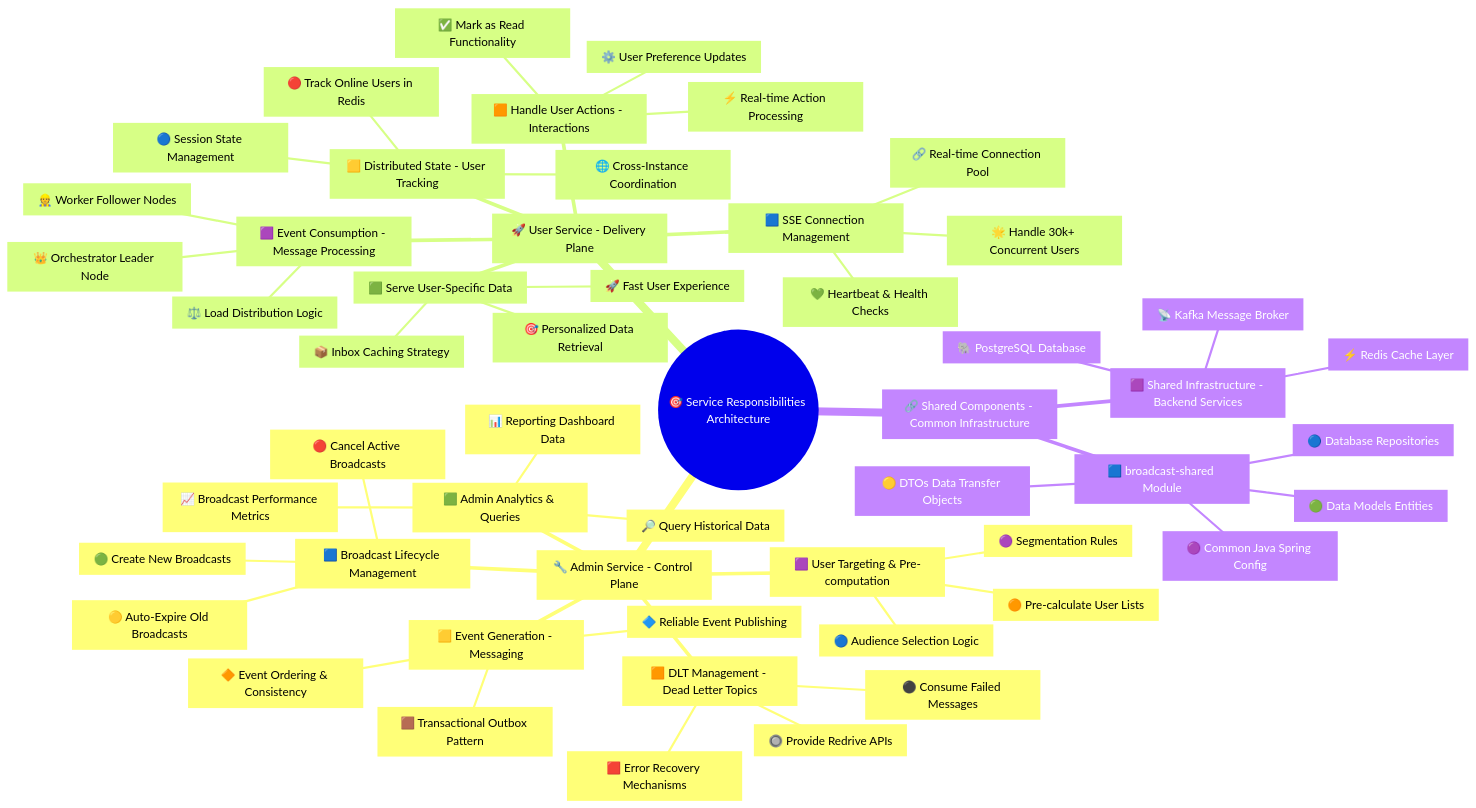
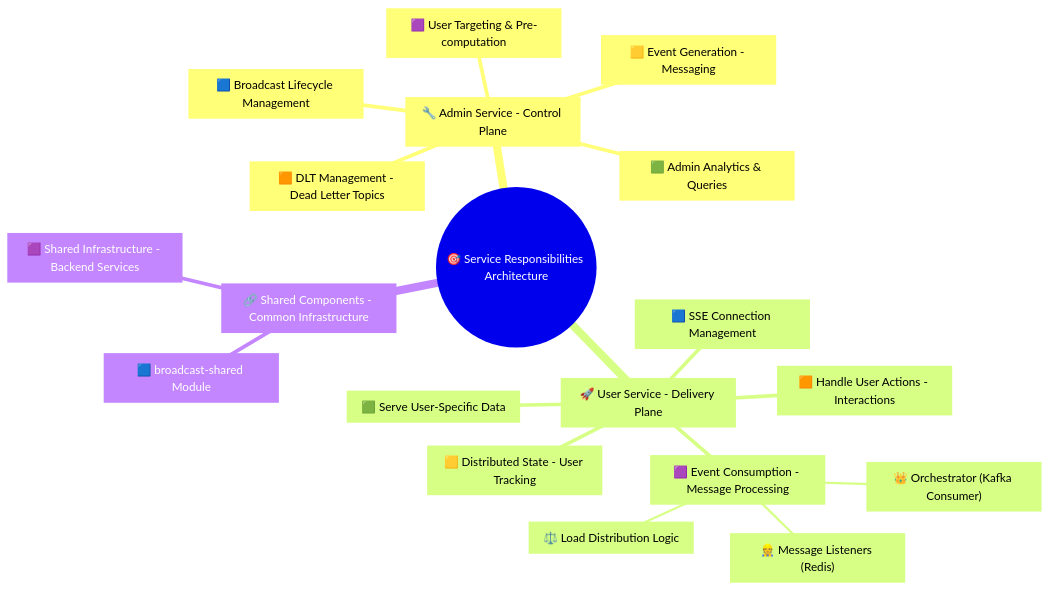
One commit to rsrini7/Notification-SSE-GLM-Flux changed the diagram in MermaidDiagrams/mindmap-responsibilities.mmd. Above: the diagram before and after it, drawn with Mermaid. The commit also changed 16 other files, not shown here.

First line of the commit message:
refactor(diagrams): update architecture diagrams to reflect Redis Pub/Sub changes

```diff
--- a/MermaidDiagrams/mindmap-responsibilities.mmd
+++ b/MermaidDiagrams/mindmap-responsibilities.mmd
@@ -1,56 +1,22 @@
 mindmap
   root((🎯 Service Responsibilities Architecture))
     AdminService[🔧 Admin Service - Control Plane]
       BroadcastLifecycle[🟦 Broadcast Lifecycle Management]
-        CreateBroadcast[🟢 Create New Broadcasts]
-        CancelBroadcast[🔴 Cancel Active Broadcasts]  
-        ExpireBroadcast[🟡 Auto-Expire Old Broadcasts]
       UserTargeting[🟪 User Targeting & Pre-computation]
-        AudienceSelection[🔵 Audience Selection Logic]
-        PreCalculation[🟠 Pre-calculate User Lists]
-        SegmentationRules[🟣 Segmentation Rules]
       EventGeneration[🟨 Event Generation - Messaging]
-        TransactionalOutbox[🟫 Transactional Outbox Pattern]
-        ReliablePublishing[🔷 Reliable Event Publishing]
-        EventConsistency[🔶 Event Ordering & Consistency]
       DLTManagement[🟧 DLT Management - Dead Letter Topics]
-        ConsumeFailedMessages[⚫ Consume Failed Messages]
-        RedriveAPIs[🔘 Provide Redrive APIs]
-        ErrorRecovery[🟥 Error Recovery Mechanisms]
       AdminAnalytics[🟩 Admin Analytics & Queries]
-        PerformanceMetrics[📈 Broadcast Performance Metrics]
-        HistoricalData[🔎 Query Historical Data]
-        ReportingData[📊 Reporting Dashboard Data]
     
     UserService[🚀 User Service - Delivery Plane]
       SSEConnection[🟦 SSE Connection Management]
-        ConcurrentUsers[🌟 Handle 30k+ Concurrent Users]
-        ConnectionPool[🔗 Real-time Connection Pool]
-        HealthChecks[💚 Heartbeat & Health Checks]
       EventConsumption[🟪 Event Consumption - Message Processing]
-        Orchestrator[👑 Orchestrator Leader Node]
-        Workers[👷 Worker Follower Nodes]
+        Orchestrator["👑 Orchestrator (Kafka Consumer)"]
+        RedisListeners["👷 Message Listeners (Redis)"]
         LoadDistribution[⚖️ Load Distribution Logic]
       DistributedState[🟨 Distributed State - User Tracking]
-        OnlineUsers[🔴 Track Online Users in Redis]
-        SessionState[🔵 Session State Management]
-        CrossInstance[🌐 Cross-Instance Coordination]
       UserActions[🟧 Handle User Actions - Interactions]
-        MarkAsRead[✅ Mark as Read Functionality]
-        PreferenceUpdates[⚙️ User Preference Updates]
-        RealtimeProcessing[⚡ Real-time Action Processing]
       UserSpecificData[🟩 Serve User-Specific Data]
-        InboxCaching[📦 Inbox Caching Strategy]
-        PersonalizedRetrieval[🎯 Personalized Data Retrieval]
-        FastExperience[🚀 Fast User Experience]
     
     SharedComponents[🔗 Shared Components - Common Infrastructure]
       BroadcastSharedModule[🟦 broadcast-shared Module]
-        DataModels[🟢 Data Models Entities]
-        DatabaseRepos[🔵 Database Repositories]
-        DTOs[🟡 DTOs Data Transfer Objects]
-        JavaSpringConfig[🟣 Common Java Spring Config]
       SharedInfrastructure[🟪 Shared Infrastructure - Backend Services]
-        PostgreSQL[🐘 PostgreSQL Database]
-        RedisCache[⚡ Redis Cache Layer]
-        KafkaBroker[📡 Kafka Message Broker]
```
